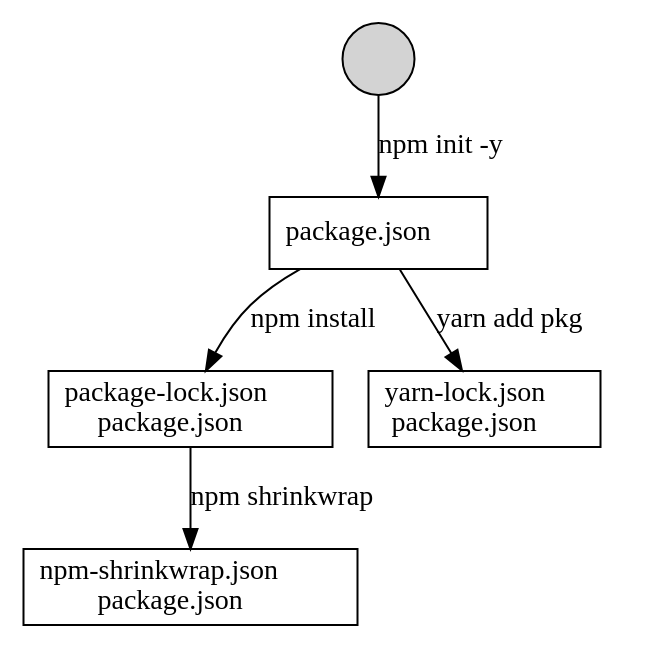
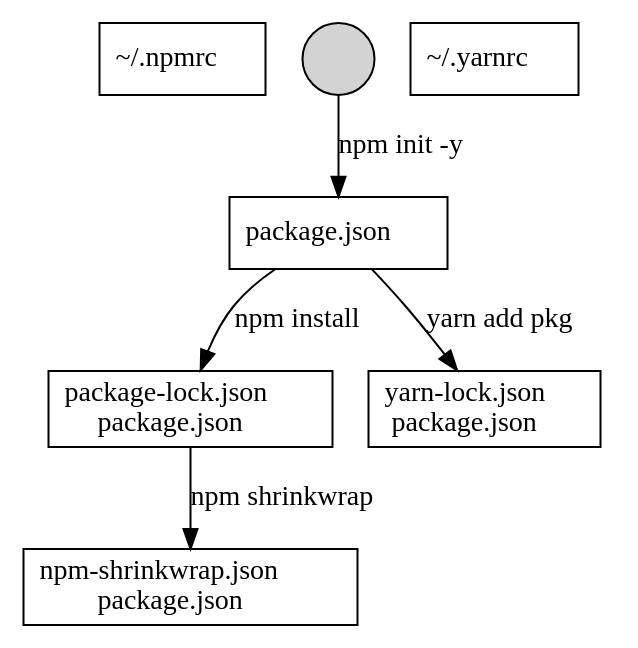
Before and after one commit to voidmous/my.reveal.js: the diagram in graphviz/npm_yarn.dot, drawn with Graphviz. The commit also changed 7 other files, not shown here.

```diff
--- a/graphviz/npm_yarn.dot
+++ b/graphviz/npm_yarn.dot
@@ -1,12 +1,14 @@
 digraph {
+    npmrc [shape=rect label=<~/.npmrc>]
     start [shape=circle label=< > width=0.5 style=filled]
+    yarnrc [shape=rect label=<~/.yarnrc>]
     pkgjson [label=<package.json> shape=box]
     pkglock [label=<package-lock.json<br/>package.json> shape=box]
     pkgshrink [label=<npm-shrinkwrap.json<br/>package.json> shape=box]
     yarn [label=<yarn-lock.json<br/>package.json> shape=box]
 
     start -> pkgjson [label=<npm init -y> labelfontcolor="red"]
     pkgjson -> yarn [label=<yarn add pkg>]
     pkgjson -> pkglock [label=<npm install>]
     pkglock -> pkgshrink [label=<npm shrinkwrap>]
 }
```
